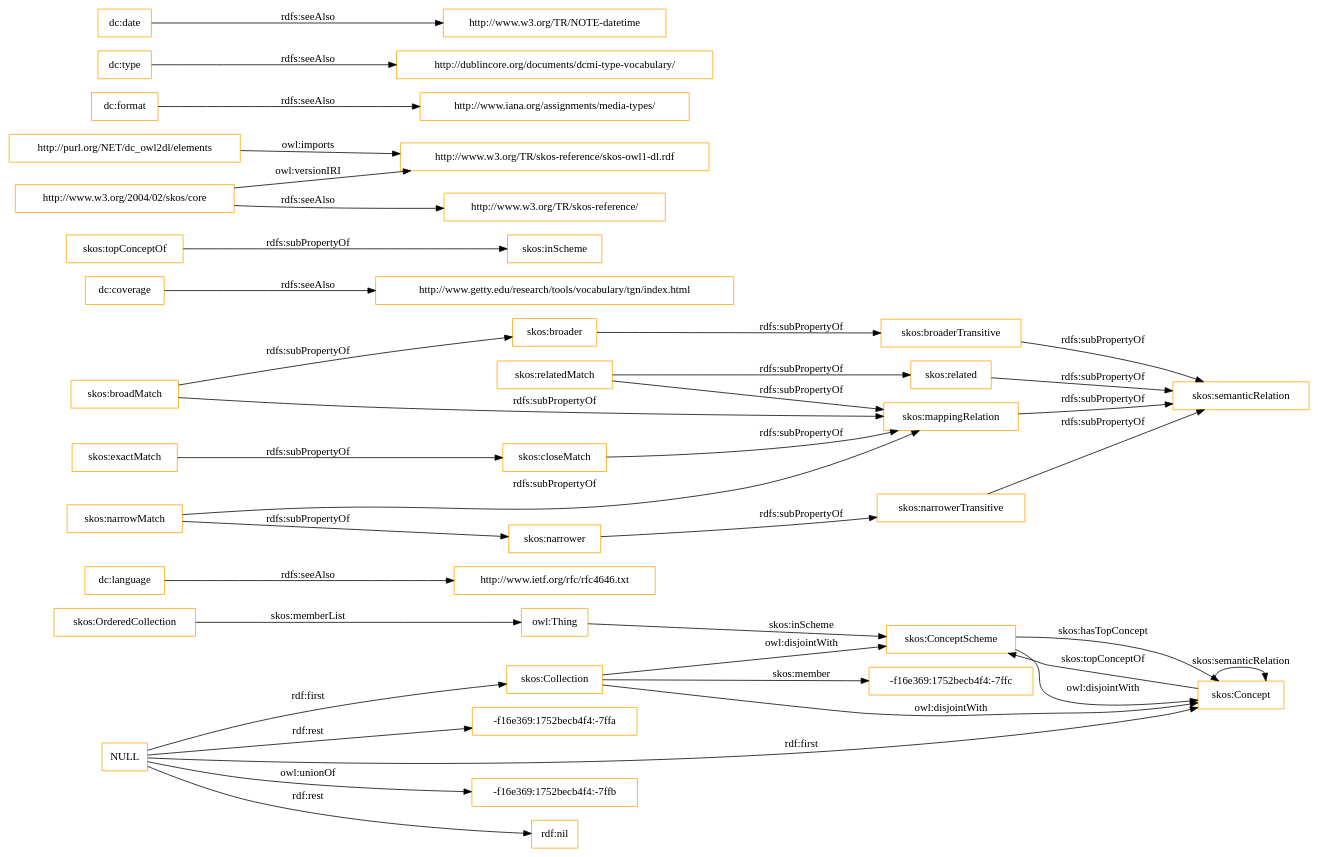
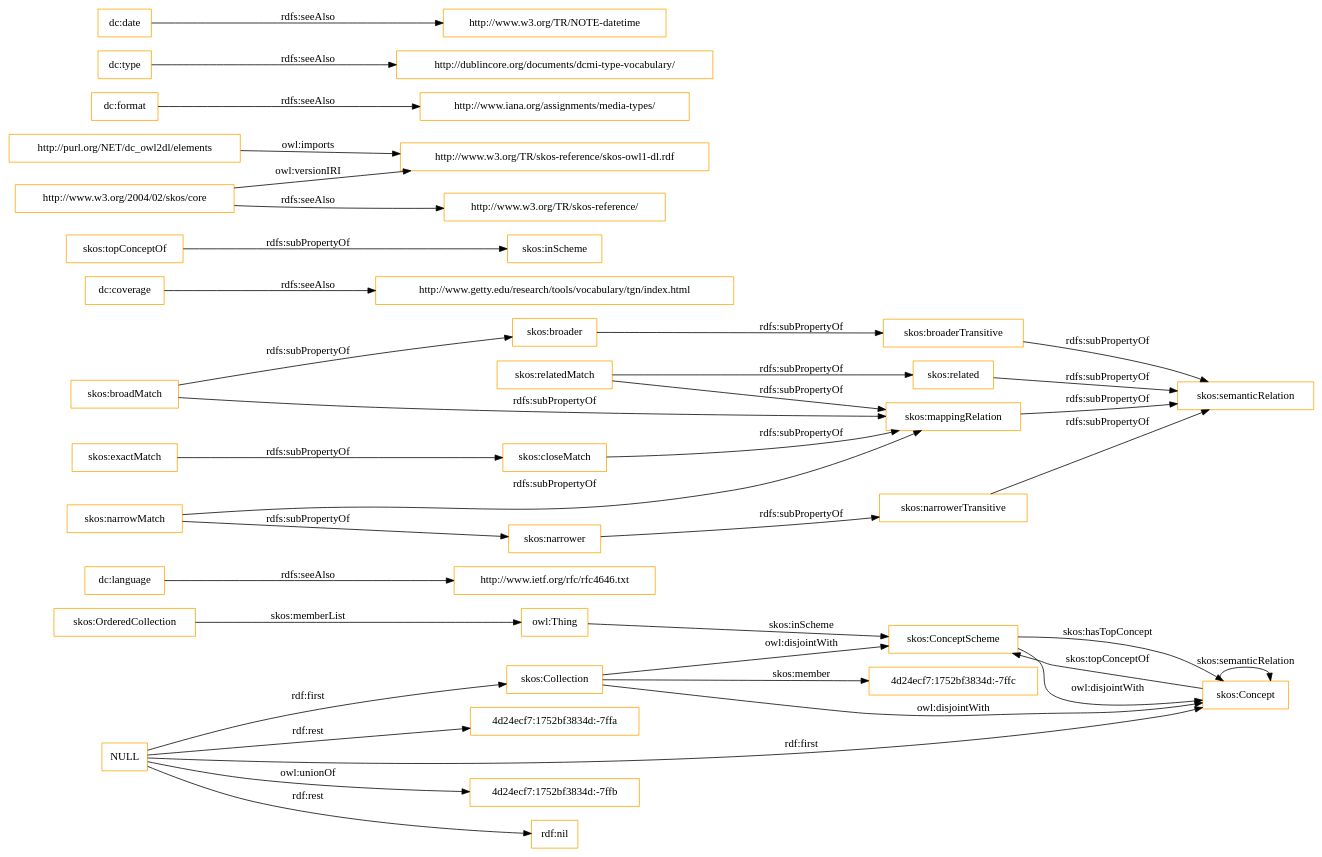
The diagram in OnToology/imports/elements.owl/diagrams/ar2dtool-class/elements.owl.png.dot (OnToologyUser/core-ontology-1), drawn with Graphviz before and after one commit. The commit also changed 14 other files, not shown here.

```diff
--- a/OnToology/imports/elements.owl/diagrams/ar2dtool-class/elements.owl.png.dot
+++ b/OnToology/imports/elements.owl/diagrams/ar2dtool-class/elements.owl.png.dot
@@ -1,43 +1,43 @@
 digraph ar2dtool_diagram { 
 rankdir=LR;
 size="1501"
-node [shape = rectangle, color="orange"]; "-f16e369:1752becb4f4:-7ffc" "skos:OrderedCollection" "skos:Collection" "skos:ConceptScheme" "skos:Concept" ; /*classes style*/
+node [shape = rectangle, color="orange"]; "4d24ecf7:1752bf3834d:-7ffc" "skos:OrderedCollection" "skos:Collection" "skos:ConceptScheme" "skos:Concept" ; /*classes style*/
 	"dc:language" -> "http://www.ietf.org/rfc/rfc4646.txt" [ label = "rdfs:seeAlso" ];
-	"NULL" -> "-f16e369:1752becb4f4:-7ffb" [ label = "owl:unionOf" ];
+	"NULL" -> "4d24ecf7:1752bf3834d:-7ffb" [ label = "owl:unionOf" ];
 	"NULL" -> "rdf:nil" [ label = "rdf:rest" ];
 	"NULL" -> "skos:Collection" [ label = "rdf:first" ];
-	"NULL" -> "-f16e369:1752becb4f4:-7ffa" [ label = "rdf:rest" ];
+	"NULL" -> "4d24ecf7:1752bf3834d:-7ffa" [ label = "rdf:rest" ];
 	"NULL" -> "skos:Concept" [ label = "rdf:first" ];
 	"skos:closeMatch" -> "skos:mappingRelation" [ label = "rdfs:subPropertyOf" ];
 	"dc:coverage" -> "http://www.getty.edu/research/tools/vocabulary/tgn/index.html" [ label = "rdfs:seeAlso" ];
 	"skos:relatedMatch" -> "skos:related" [ label = "rdfs:subPropertyOf" ];
 	"skos:relatedMatch" -> "skos:mappingRelation" [ label = "rdfs:subPropertyOf" ];
 	"skos:ConceptScheme" -> "skos:Concept" [ label = "owl:disjointWith" ];
 	"skos:related" -> "skos:semanticRelation" [ label = "rdfs:subPropertyOf" ];
 	"skos:topConceptOf" -> "skos:inScheme" [ label = "rdfs:subPropertyOf" ];
 	"skos:broadMatch" -> "skos:broader" [ label = "rdfs:subPropertyOf" ];
 	"skos:broadMatch" -> "skos:mappingRelation" [ label = "rdfs:subPropertyOf" ];
 	"http://purl.org/NET/dc_owl2dl/elements" -> "http://www.w3.org/TR/skos-reference/skos-owl1-dl.rdf" [ label = "owl:imports" ];
 	"skos:exactMatch" -> "skos:closeMatch" [ label = "rdfs:subPropertyOf" ];
 	"dc:format" -> "http://www.iana.org/assignments/media-types/" [ label = "rdfs:seeAlso" ];
 	"skos:broaderTransitive" -> "skos:semanticRelation" [ label = "rdfs:subPropertyOf" ];
 	"dc:type" -> "http://dublincore.org/documents/dcmi-type-vocabulary/" [ label = "rdfs:seeAlso" ];
 	"skos:broader" -> "skos:broaderTransitive" [ label = "rdfs:subPropertyOf" ];
 	"skos:mappingRelation" -> "skos:semanticRelation" [ label = "rdfs:subPropertyOf" ];
 	"http://www.w3.org/2004/02/skos/core" -> "http://www.w3.org/TR/skos-reference/skos-owl1-dl.rdf" [ label = "owl:versionIRI" ];
 	"http://www.w3.org/2004/02/skos/core" -> "http://www.w3.org/TR/skos-reference/" [ label = "rdfs:seeAlso" ];
 	"skos:Collection" -> "skos:ConceptScheme" [ label = "owl:disjointWith" ];
 	"skos:Collection" -> "skos:Concept" [ label = "owl:disjointWith" ];
 	"skos:narrowMatch" -> "skos:narrower" [ label = "rdfs:subPropertyOf" ];
 	"skos:narrowMatch" -> "skos:mappingRelation" [ label = "rdfs:subPropertyOf" ];
 	"skos:narrower" -> "skos:narrowerTransitive" [ label = "rdfs:subPropertyOf" ];
 	"dc:date" -> "http://www.w3.org/TR/NOTE-datetime" [ label = "rdfs:seeAlso" ];
 	"skos:narrowerTransitive" -> "skos:semanticRelation" [ label = "rdfs:subPropertyOf" ];
 	"skos:OrderedCollection" -> "owl:Thing" [ label = "skos:memberList" ];
 	"skos:Concept" -> "skos:ConceptScheme" [ label = "skos:topConceptOf" ];
 	"skos:Concept" -> "skos:Concept" [ label = "skos:semanticRelation" ];
-	"skos:Collection" -> "-f16e369:1752becb4f4:-7ffc" [ label = "skos:member" ];
+	"skos:Collection" -> "4d24ecf7:1752bf3834d:-7ffc" [ label = "skos:member" ];
 	"skos:ConceptScheme" -> "skos:Concept" [ label = "skos:hasTopConcept" ];
 	"owl:Thing" -> "skos:ConceptScheme" [ label = "skos:inScheme" ];
 
 }
```
